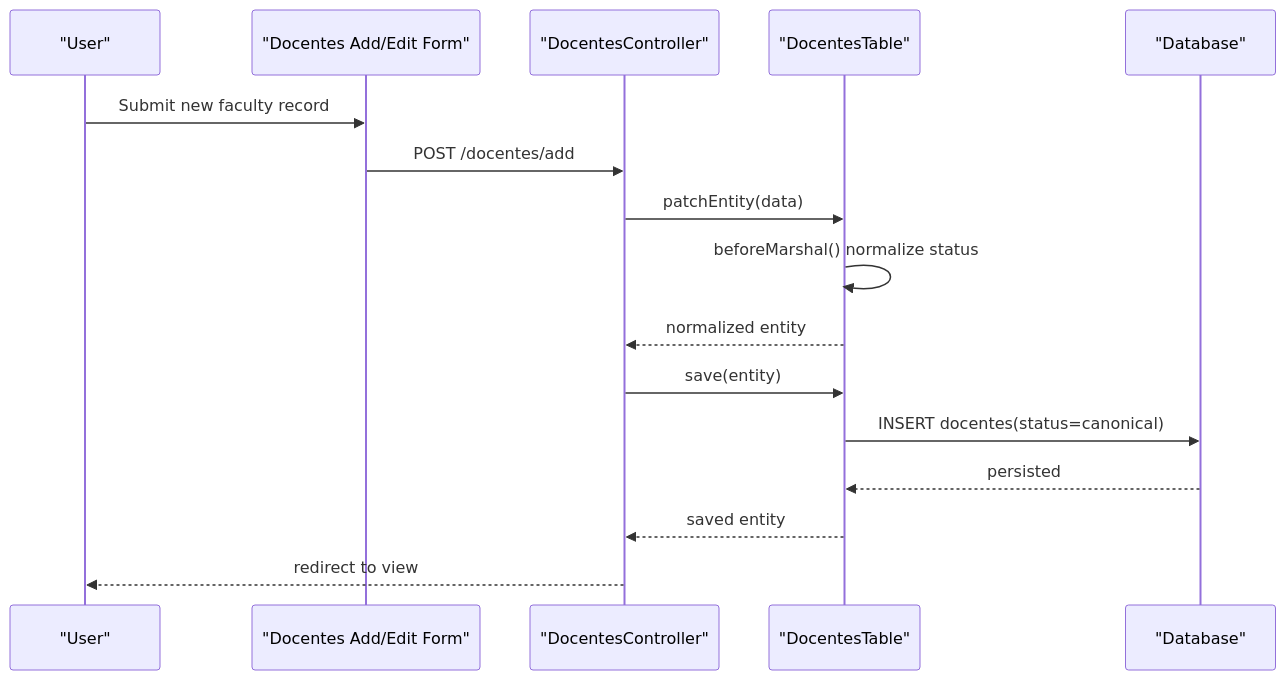
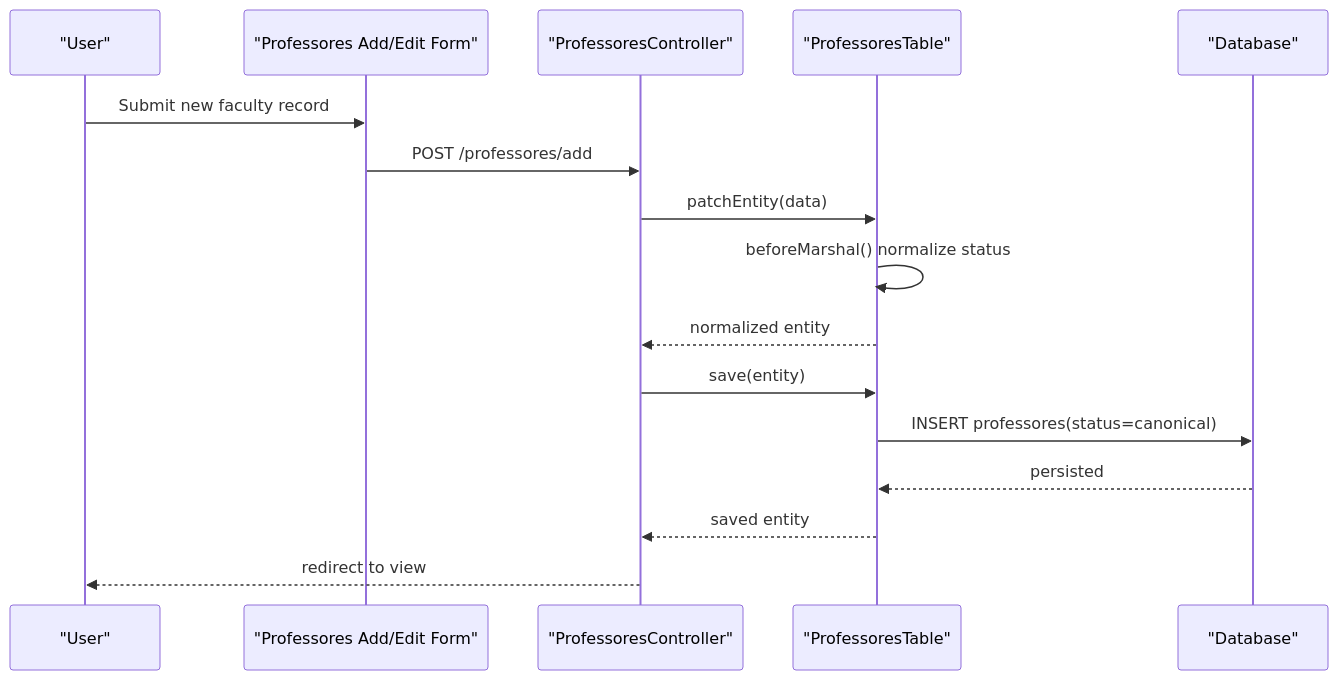
The second of 8 diagrams in .qoder/repowiki/en/content/Core Features/Faculty Management/Faculty Status Tracking.md (luiseduacosta/planejamento5), drawn with Mermaid before and after one commit. The commit also changed other lines of this file and 37 other files, not shown here.

Commit message:
repowiki: rename Docentes → Professores in metadata

````diff
--- a/.qoder/repowiki/en/content/Core Features/Faculty Management/Faculty Status Tracking.md
+++ b/.qoder/repowiki/en/content/Core Features/Faculty Management/Faculty Status Tracking.md
@@ -119,18 +119,18 @@
 ```mermaid
 sequenceDiagram
 participant User as "User"
-participant UI as "Docentes Add/Edit Form"
-participant Ctl as "DocentesController"
-participant Tbl as "DocentesTable"
+participant UI as "Professores Add/Edit Form"
+participant Ctl as "ProfessoresController"
+participant Tbl as "ProfessoresTable"
 participant DB as "Database"
 User->>UI : Submit new faculty record
-UI->>Ctl : POST /docentes/add
+UI->>Ctl : POST /professores/add
 Ctl->>Tbl : patchEntity(data)
 Tbl->>Tbl : beforeMarshal() normalize status
 Tbl-->>Ctl : normalized entity
 Ctl->>Tbl : save(entity)
-Tbl->>DB : INSERT docentes(status=canonical)
+Tbl->>DB : INSERT professores(status=canonical)
 DB-->>Tbl : persisted
 Tbl-->>Ctl : saved entity
 Ctl-->>User : redirect to view
 ```
````
